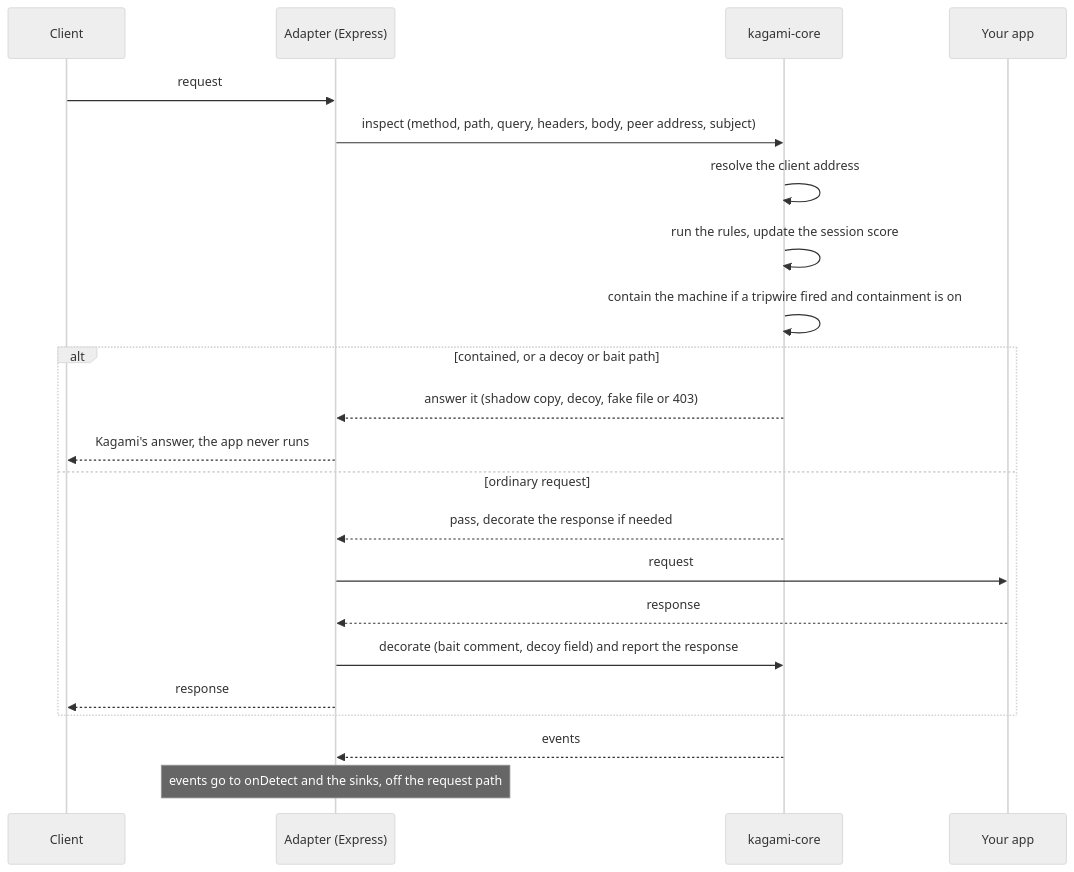
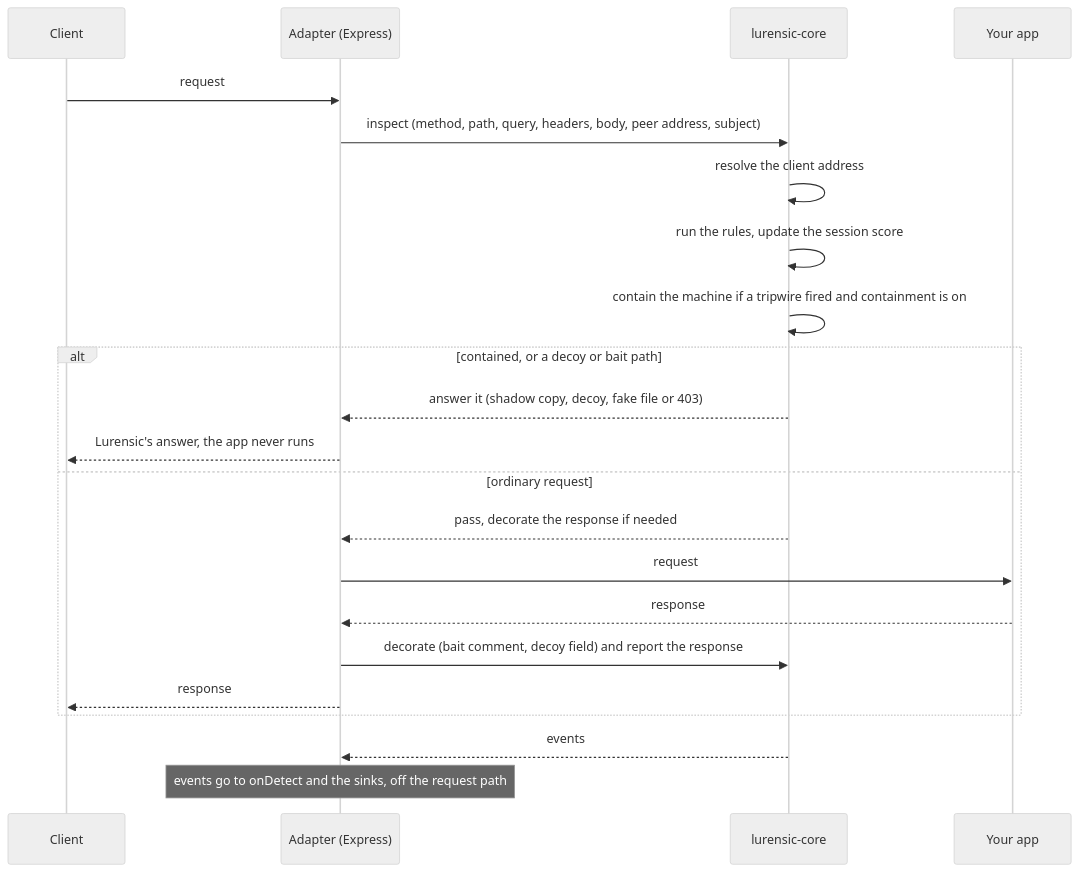
One commit to agenticslabs-xyz/lurensic changed the first of 5 diagrams in docs/guides/how-it-works.md. Above: the diagram before and after it, drawn with Mermaid (neutral theme). The commit also changed other lines of this file and 88 other files, not shown here.

First line of the commit message:
Rename Kagami to Lurensic (#8)

````diff
--- a/docs/guides/how-it-works.md
+++ b/docs/guides/how-it-works.md
@@ -7,24 +7,24 @@
 ```mermaid
 sequenceDiagram
     participant C as Client
     participant A as Adapter (Express)
-    participant K as kagami-core
+    participant K as lurensic-core
     participant App as Your app
     C->>A: request
     A->>K: inspect (method, path, query, headers, body, peer address, subject)
     K->>K: resolve the client address
     K->>K: run the rules, update the session score
     K->>K: contain the machine if a tripwire fired and containment is on
     alt contained, or a decoy or bait path
         K-->>A: answer it (shadow copy, decoy, fake file or 403)
-        A-->>C: Kagami's answer, the app never runs
+        A-->>C: Lurensic's answer, the app never runs
     else ordinary request
         K-->>A: pass, decorate the response if needed
         A->>App: request
         App-->>A: response
         A->>K: decorate (bait comment, decoy field) and report the response
         A-->>C: response
     end
     K-->>A: events
     Note over A: events go to onDetect and the sinks, off the request path
 ```
````
